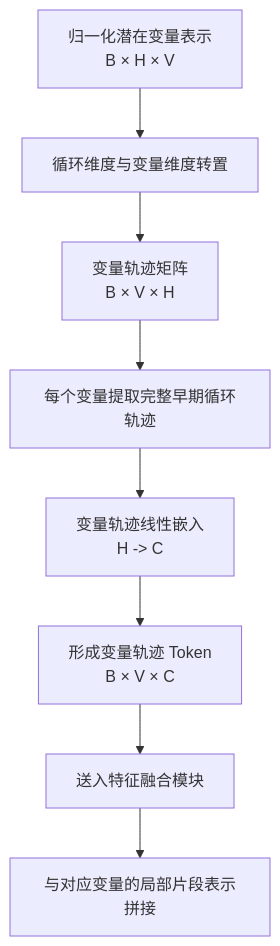
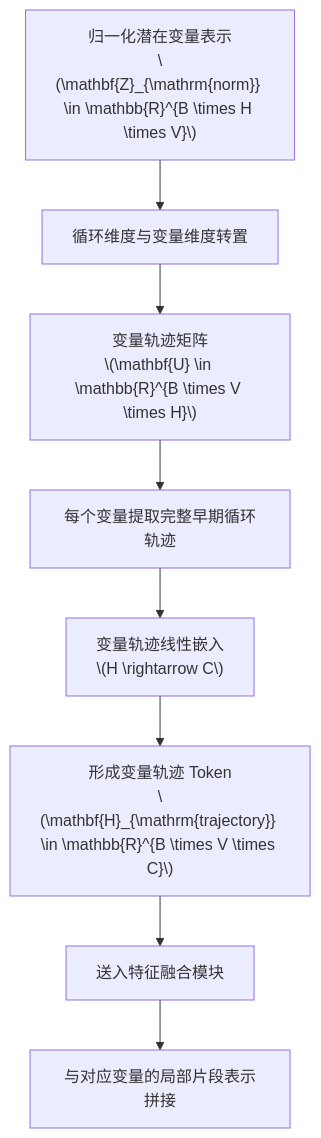
The fifth of 6 diagrams in 专利/交底书.md (xskukuku/0_MyFiles), drawn with Mermaid before and after one commit. The commit also changed other lines of this file, not shown here.

````diff
--- a/专利/交底书.md
+++ b/专利/交底书.md
@@ -1449,10 +1724,10 @@
 ```mermaid
 flowchart TD
-    A["归一化潜在变量表示<br/>B × H × V"] --> B["循环维度与变量维度转置"]
-    B --> C["变量轨迹矩阵<br/>B × V × H"]
+    A["归一化潜在变量表示<br/>\(\mathbf{Z}_{\mathrm{norm}} \in \mathbb{R}^{B \times H \times V}\)"] --> B["循环维度与变量维度转置"]
+    B --> C["变量轨迹矩阵<br/>\(\mathbf{U} \in \mathbb{R}^{B \times V \times H}\)"]
     C --> D["每个变量提取完整早期循环轨迹"]
-    D --> E["变量轨迹线性嵌入<br/>H -> C"]
-    E --> F["形成变量轨迹 Token<br/>B × V × C"]
+    D --> E["变量轨迹线性嵌入<br/>\(H \rightarrow C\)"]
+    E --> F["形成变量轨迹 Token<br/>\(\mathbf{H}_{\mathrm{trajectory}} \in \mathbb{R}^{B \times V \times C}\)"]
     F --> G["送入特征融合模块"]
     G --> H["与对应变量的局部片段表示拼接"]
 ```
````
